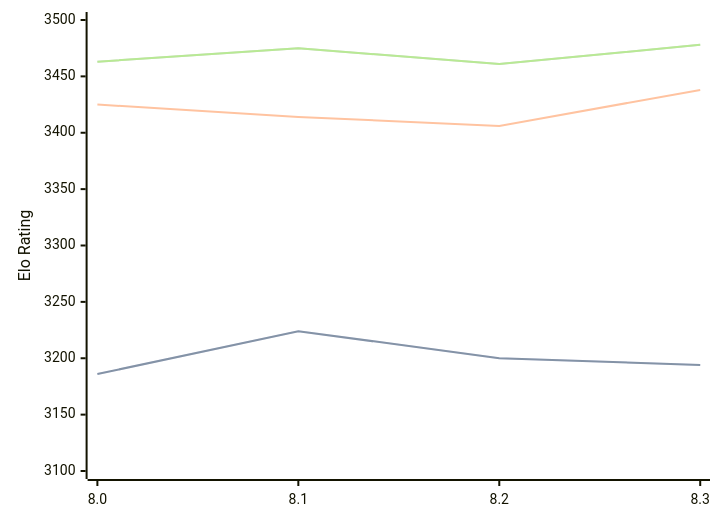
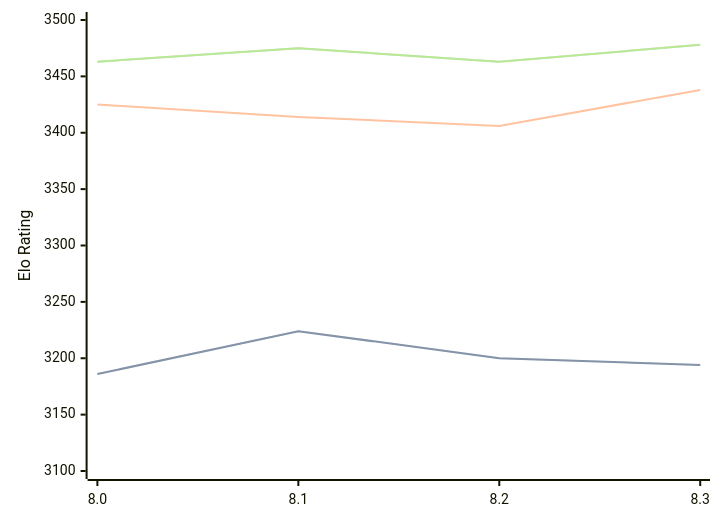
Before and after one commit to computer-chess-index/cci: the diagram in engines/Alexander.md, drawn with Mermaid. The commit also changed other lines of this file, not shown here.

Commit message:
Update CCI Ratings (ELO VLTC) - 2026-05-08

````diff
--- a/engines/Alexander.md
+++ b/engines/Alexander.md
@@ -48,11 +48,11 @@
 ```mermaid
 %%{init: {"theme":"base","themeVariables":{"seriesColors:['#a3a3a3','#222221','#faa371']}}}%%
 xychart-beta
   x-axis ["8.0", "8.1", "8.2", "8.3"]
   y-axis "Elo Rating" 3100 --> 3500
   line "STC (8.0+0.08s)" [3186, 3224, 3200, 3194]
   line "STC (8.0+0.08s)" [3186, 3224, 3200, 3194]
   line "LTC (60.0+0.60s)" [3425, 3414, 3406, 3438]
-  line "VLTC (2m24s+1.12s)" [3463, 3475, 3461, 3478]
-  line "VLTC (2m24s+1.12s)" [3463, 3475, 3461, 3478]
+  line "VLTC (2m24s+1.12s)" [3463, 3475, 3463, 3478]
+  line "VLTC (2m24s+1.12s)" [3463, 3475, 3463, 3478]
 ```
````
